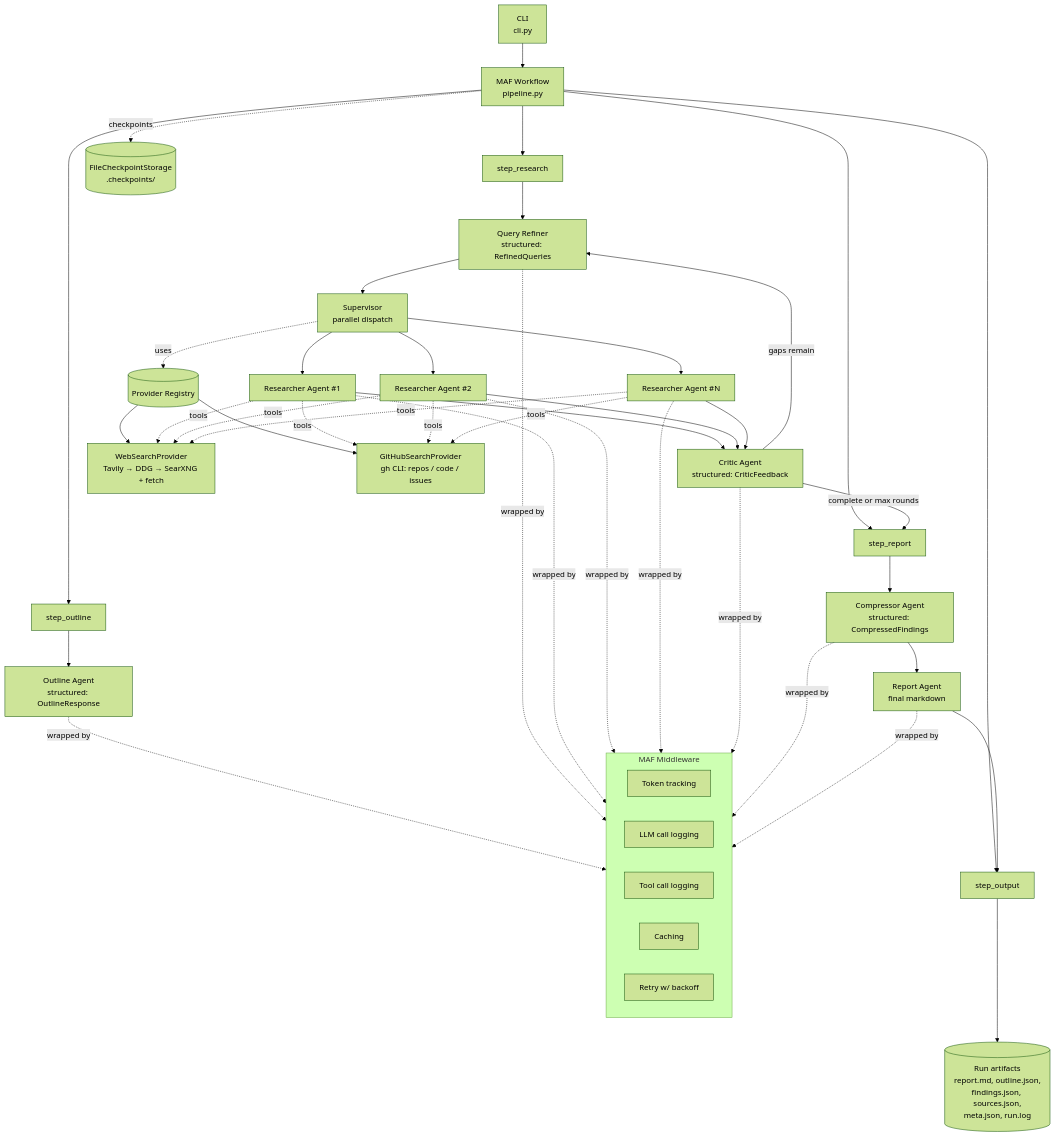
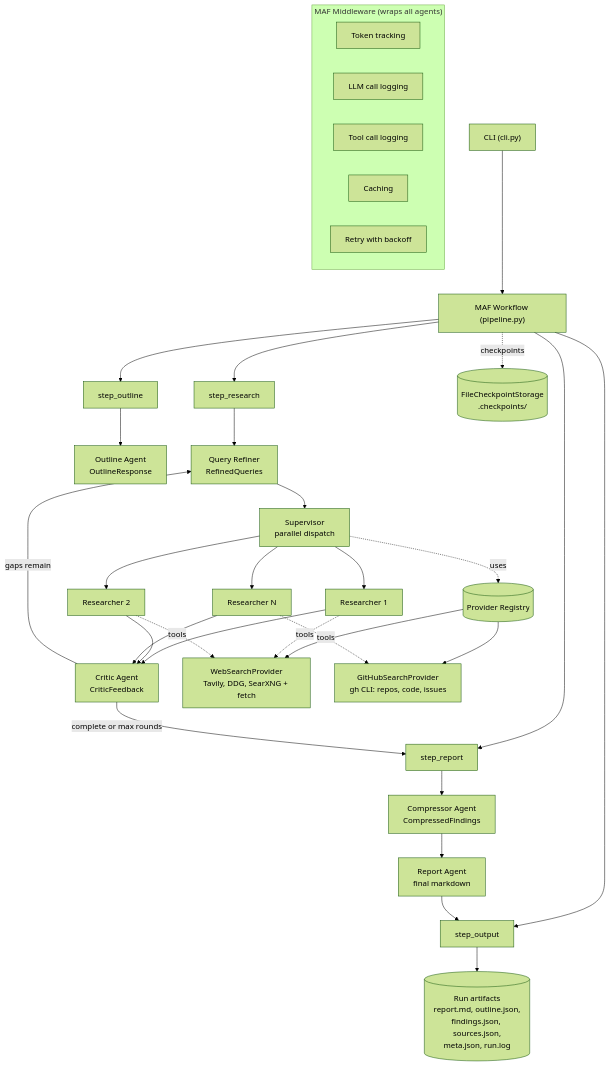
The diagram in README.md (ShonP/deep-research), drawn with Mermaid (forest theme) before and after one commit.

Commit message:
docs: rewrite README with current architecture and Mermaid diagram

````diff
--- a/README.md
+++ b/README.md
@@ -33,44 +33,45 @@
 ```mermaid
 flowchart TD
-    CLI[CLI<br/>cli.py] --> WF[MAF Workflow<br/>pipeline.py]
+    CLI["CLI (cli.py)"] --> WF["MAF Workflow (pipeline.py)"]
 
     WF --> S1[step_outline]
     WF --> S2[step_research]
     WF --> S3[step_report]
     WF --> S4[step_output]
 
-    S1 --> OUT[Outline Agent<br/>structured: OutlineResponse]
+    S1 --> OUT["Outline Agent<br/>OutlineResponse"]
 
-    S2 --> QR[Query Refiner<br/>structured: RefinedQueries]
-    QR --> SUP[Supervisor<br/>parallel dispatch]
-    SUP --> R1[Researcher Agent #1]
-    SUP --> R2[Researcher Agent #2]
-    SUP --> R3[Researcher Agent #N]
-    R1 & R2 & R3 --> CR[Critic Agent<br/>structured: CriticFeedback]
-    CR -- gaps remain --> QR
-    CR -- complete or max rounds --> S3
+    S2 --> QR["Query Refiner<br/>RefinedQueries"]
+    QR --> SUP["Supervisor<br/>parallel dispatch"]
+    SUP --> R1["Researcher 1"]
+    SUP --> R2["Researcher 2"]
+    SUP --> RN["Researcher N"]
+    R1 --> CR["Critic Agent<br/>CriticFeedback"]
+    R2 --> CR
+    RN --> CR
+    CR -- "gaps remain" --> QR
+    CR -- "complete or max rounds" --> S3
 
-    S3 --> CMP[Compressor Agent<br/>structured: CompressedFindings]
-    CMP --> RPT[Report Agent<br/>final markdown]
+    S3 --> CMP["Compressor Agent<br/>CompressedFindings"]
+    CMP --> RPT["Report Agent<br/>final markdown"]
     RPT --> S4
 
-    SUP -. uses .-> REG[(Provider Registry)]
-    REG --> WP[WebSearchProvider<br/>Tavily → DDG → SearXNG + fetch]
-    REG --> GP[GitHubSearchProvider<br/>gh CLI: repos / code / issues]
+    SUP -. uses .-> REG[("Provider Registry")]
+    REG --> WP["WebSearchProvider<br/>Tavily, DDG, SearXNG + fetch"]
+    REG --> GP["GitHubSearchProvider<br/>gh CLI: repos, code, issues"]
 
-    R1 & R2 & R3 -. tools .-> WP
-    R1 & R2 & R3 -. tools .-> GP
+    R1 -. tools .-> WP
+    R2 -. tools .-> WP
+    RN -. tools .-> GP
 
-    WF -. checkpoints .-> CK[(FileCheckpointStorage<br/>.checkpoints/)]
-    S4 --> ART[(Run artifacts<br/>report.md, outline.json,<br/>findings.json, sources.json,<br/>meta.json, run.log)]
+    WF -. checkpoints .-> CK[("FileCheckpointStorage<br/>.checkpoints/")]
+    S4 --> ART[("Run artifacts<br/>report.md, outline.json,<br/>findings.json, sources.json,<br/>meta.json, run.log")]
 
-    subgraph MW [MAF Middleware]
+    subgraph MW ["MAF Middleware (wraps all agents)"]
         MW1[Token tracking]
         MW2[LLM call logging]
         MW3[Tool call logging]
         MW4[Caching]
-        MW5[Retry w/ backoff]
+        MW5[Retry with backoff]
     end
-
-    OUT & QR & R1 & R2 & R3 & CR & CMP & RPT -. wrapped by .-> MW
 ```
````
